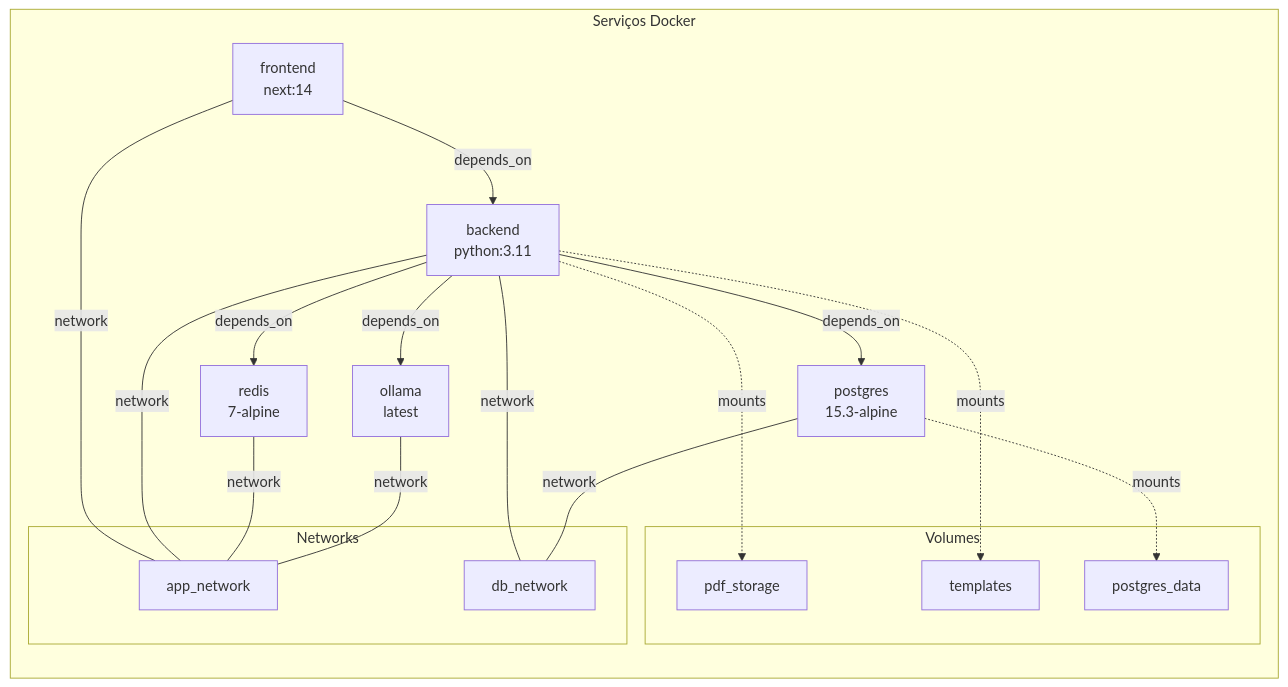
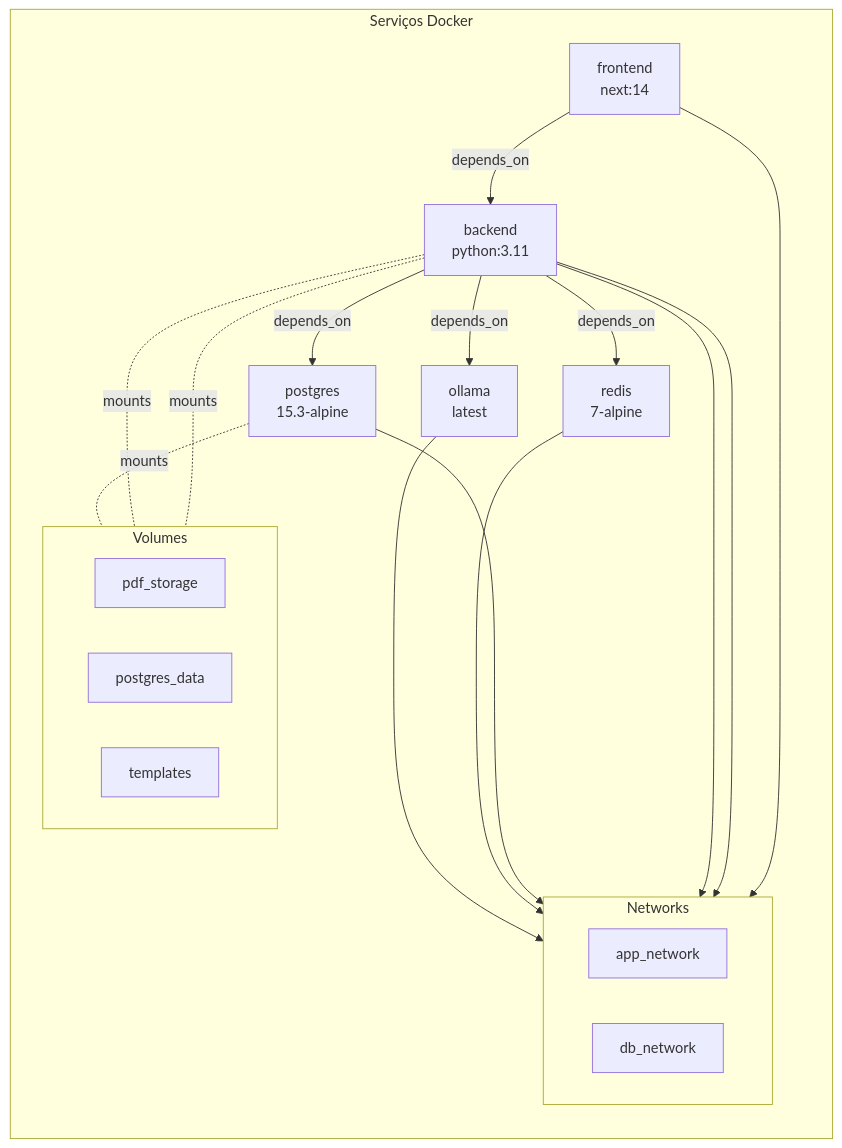
The first of 5 diagrams in doc/docker_compose.md (thespamer/propos4l), drawn with Mermaid before and after one commit. The commit also changed other lines of this file and 37 other files, not shown here.

````diff
--- a/doc/docker_compose.md
+++ b/doc/docker_compose.md
@@ -5,38 +5,43 @@
 ```mermaid
-graph TB
+flowchart TB
     subgraph Services["Serviços Docker"]
         direction TB
         Frontend["frontend<br/>next:14"]
         Backend["backend<br/>python:3.11"]
         DB["postgres<br/>15.3-alpine"]
         Redis["redis<br/>7-alpine"]
         Ollama["ollama<br/>latest"]
         
         subgraph Volumes["Volumes"]
+            direction LR
             PDFStorage["pdf_storage"]
             DBData["postgres_data"]
             Templates["templates"]
         end
         
         subgraph Networks["Networks"]
+            direction LR
             AppNet["app_network"]
             DBNet["db_network"]
         end
+        
+        %% Service Dependencies
+        Frontend -->|"depends_on"| Backend
+        Backend -->|"depends_on"| DB
+        Backend -->|"depends_on"| Redis
+        Backend -->|"depends_on"| Ollama
+        
+        %% Volume Mounts
+        Backend -.-|"mounts"| PDFStorage
+        Backend -.-|"mounts"| Templates
+        DB -.-|"mounts"| DBData
+        
+        %% Network Connections
+        Frontend ---> AppNet
+        Backend ---> AppNet
+        Backend ---> DBNet
+        DB ---> DBNet
+        Redis ---> AppNet
+        Ollama ---> AppNet
     end
-    
-    Frontend -->|depends_on| Backend
-    Backend -->|depends_on| DB
-    Backend -->|depends_on| Redis
-    Backend -->|depends_on| Ollama
-    
-    Backend -.->|mounts| PDFStorage
-    Backend -.->|mounts| Templates
-    DB -.->|mounts| DBData
-    
-    Frontend ---|network| AppNet
-    Backend ---|network| AppNet
-    Backend ---|network| DBNet
-    DB ---|network| DBNet
-    Redis ---|network| AppNet
-    Ollama ---|network| AppNet
 ```
````
